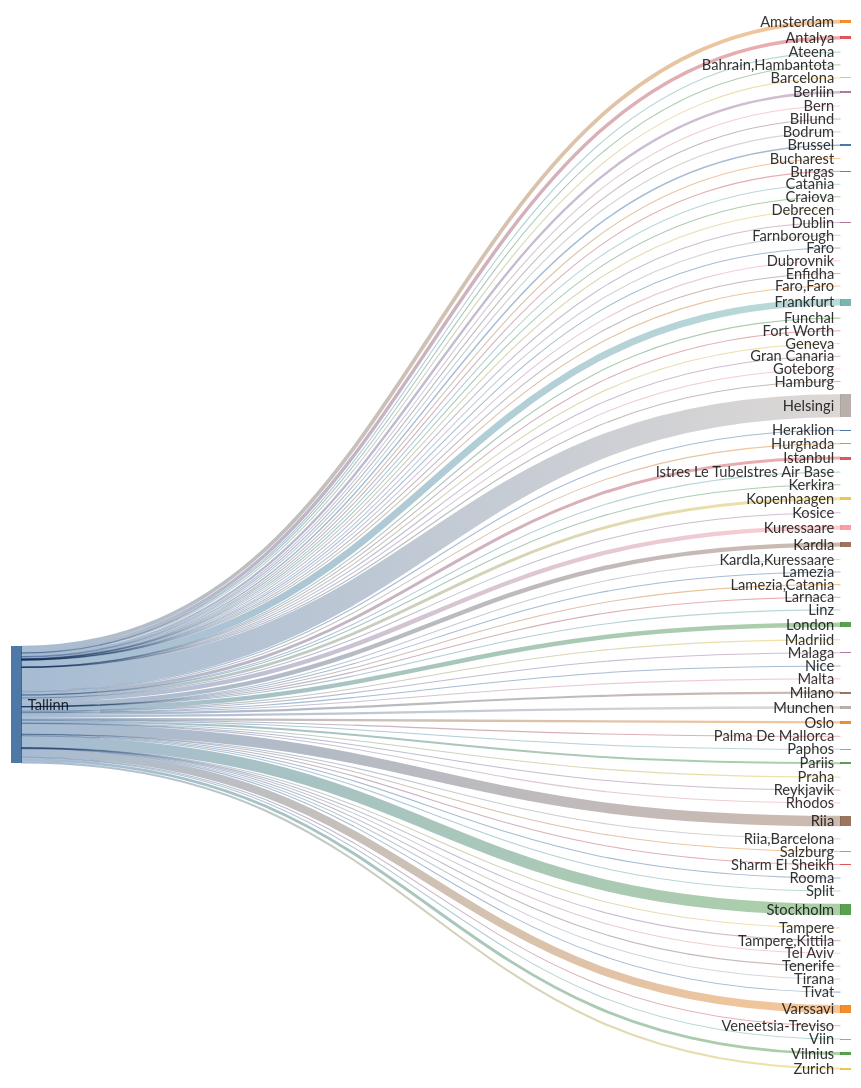
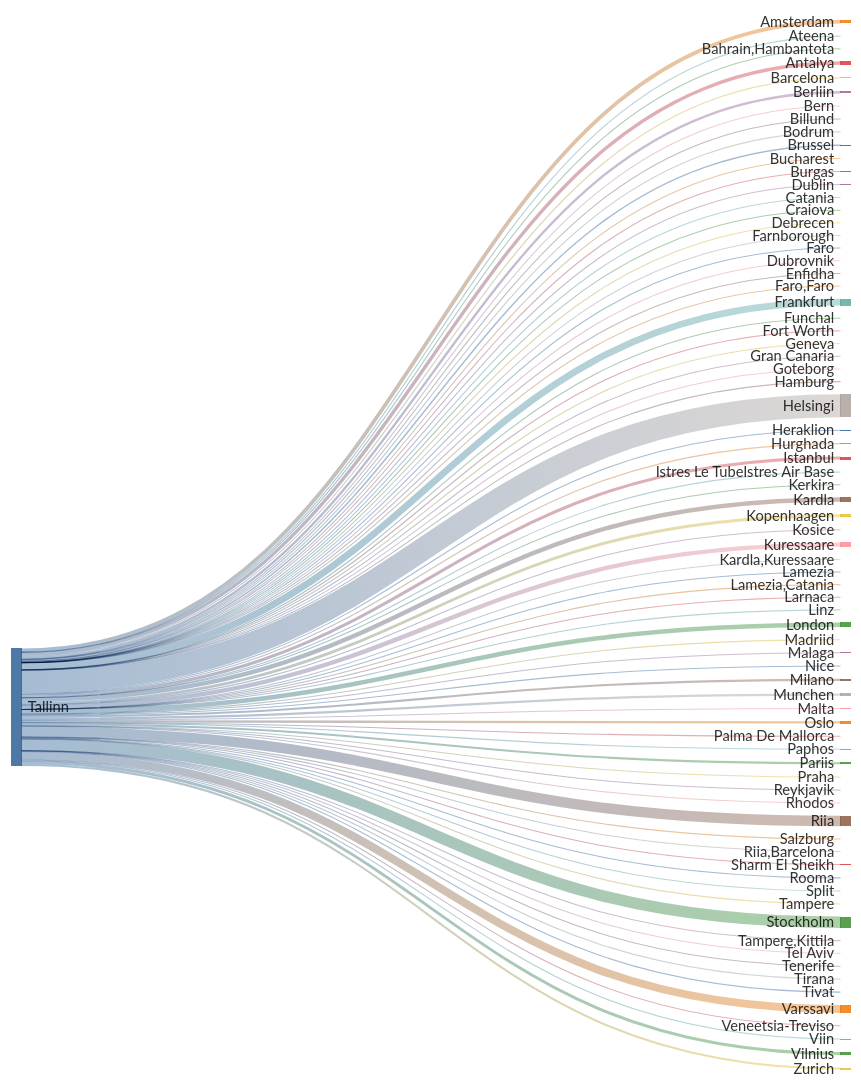
Before and after one commit to rainermesi/tll-airport-departures: the second of 2 diagrams in README.md, drawn with Mermaid. The commit also changed other lines of this file and 1 other file, not shown here.

````diff
--- a/README.md
+++ b/README.md
@@ -41,18 +41,18 @@
 ---
 sankey-beta
 %% source,target,value
-Tallinn,Amsterdam,477
-Tallinn,Antalya,431
+Tallinn,Amsterdam,479
+Tallinn,Antalya,433
 Tallinn,Ateena,16
 Tallinn,"Bahrain,Hambantota",1
 Tallinn,Barcelona,133
-Tallinn,Berliin,302
+Tallinn,Berliin,304
 Tallinn,Bern,1
 Tallinn,Billund,76
 Tallinn,Bodrum,11
-Tallinn,Brussel,185
+Tallinn,Brussel,186
 Tallinn,Bucharest,1
-Tallinn,Burgas,57
+Tallinn,Burgas,58
 Tallinn,Catania,2
 Tallinn,Craiova,1
 Tallinn,Debrecen,1
@@ -63,59 +63,59 @@
 Tallinn,Faro,4
 Tallinn,"Faro,Faro",1
 Tallinn,Fort Worth,1
-Tallinn,Frankfurt,870
+Tallinn,Frankfurt,873
 Tallinn,Funchal,5
 Tallinn,Geneva,13
 Tallinn,Gran Canaria,38
 Tallinn,Goteborg,2
 Tallinn,Hamburg,2
-Tallinn,Helsingi,2932
+Tallinn,Helsingi,2942
 Tallinn,Heraklion,98
 Tallinn,Hurghada,75
-Tallinn,Istanbul,382
+Tallinn,Istanbul,383
 Tallinn,Istres Le TubeIstres Air Base,2
 Tallinn,Kerkira,4
-Tallinn,Kopenhaagen,359
+Tallinn,Kopenhaagen,361
 Tallinn,Kosice,1
-Tallinn,Kuressaare,556
-Tallinn,Kardla,558
+Tallinn,Kuressaare,558
+Tallinn,Kardla,560
 Tallinn,"Kardla,Kuressaare",1
 Tallinn,Lamezia,1
 Tallinn,"Lamezia,Catania",3
 Tallinn,Larnaca,4
 Tallinn,Linz,2
-Tallinn,London,573
+Tallinn,London,575
 Tallinn,Madriid,3
 Tallinn,Malaga,118
 Tallinn,Malta,28
 Tallinn,Milano,271
-Tallinn,Munchen,297
+Tallinn,Munchen,299
 Tallinn,Nice,51
-Tallinn,Oslo,297
+Tallinn,Oslo,298
 Tallinn,Palma De Mallorca,32
 Tallinn,Paphos,66
-Tallinn,Pariis,254
-Tallinn,Praha,84
+Tallinn,Pariis,256
+Tallinn,Praha,85
 Tallinn,Reykjavik,19
-Tallinn,Rhodos,58
-Tallinn,Riia,1318
+Tallinn,Rhodos,59
+Tallinn,Riia,1322
 Tallinn,"Riia,Barcelona",1
 Tallinn,Rooma,80
 Tallinn,Salzburg,14
 Tallinn,Sharm El Sheikh,102
-Tallinn,Split,51
-Tallinn,Stockholm,1446
+Tallinn,Split,52
+Tallinn,Stockholm,1451
 Tallinn,Tampere,17
 Tallinn,"Tampere,Kittila",21
 Tallinn,Tel Aviv,2
 Tallinn,Tenerife,58
-Tallinn,Tirana,32
+Tallinn,Tirana,33
 Tallinn,Tivat,65
-Tallinn,Varssavi,1011
+Tallinn,Varssavi,1015
 Tallinn,Veneetsia-Treviso,67
 Tallinn,Viin,106
-Tallinn,Vilnius,367
-Tallinn,Zurich,260
+Tallinn,Vilnius,368
+Tallinn,Zurich,261
 
 
 ```
````
